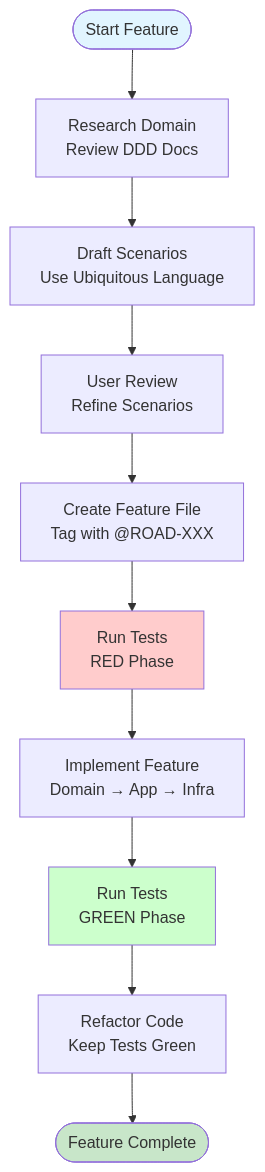
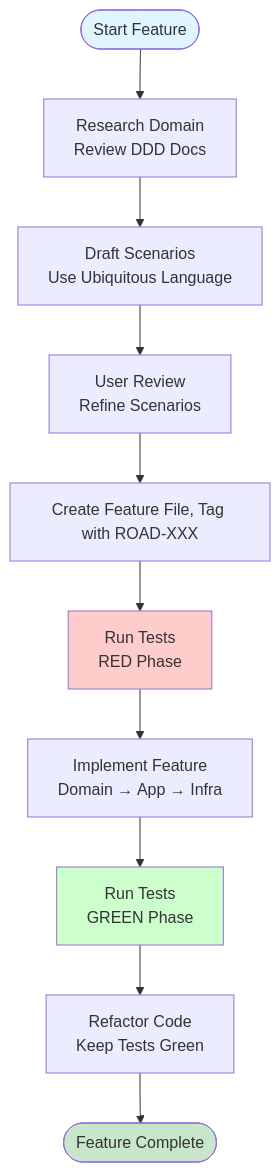
The sixth of 6 diagrams in docs/bdd/01-bdd-overview.md (esimplicityinc/water-demo), drawn with Mermaid before and after one commit. The commit also changed other lines of this file and 6 other files, not shown here.

````diff
--- a/docs/bdd/01-bdd-overview.md
+++ b/docs/bdd/01-bdd-overview.md
@@ -232,21 +236,21 @@
 ```mermaid
 flowchart TD
     Start([Start Feature]) --> Research[Research Domain<br/>Review DDD Docs]
     
     Research --> Draft[Draft Scenarios<br/>Use Ubiquitous Language]
     Draft --> Review[User Review<br/>Refine Scenarios]
     
-    Review --> Create[Create Feature File<br/>Tag with @ROAD-XXX]
+    Review --> Create["Create Feature File, Tag with ROAD-XXX"]
     Create --> RunRed[Run Tests<br/>RED Phase]
     
     RunRed --> Implement[Implement Feature<br/>Domain → App → Infra]
     Implement --> RunGreen[Run Tests<br/>GREEN Phase]
     
     RunGreen --> Refactor[Refactor Code<br/>Keep Tests Green]
     Refactor --> Complete([Feature Complete])
 
     style Start fill:#e1f5ff
     style RunRed fill:#ffcccc
     style RunGreen fill:#ccffcc
     style Complete fill:#c8e6c9
 ```
````
